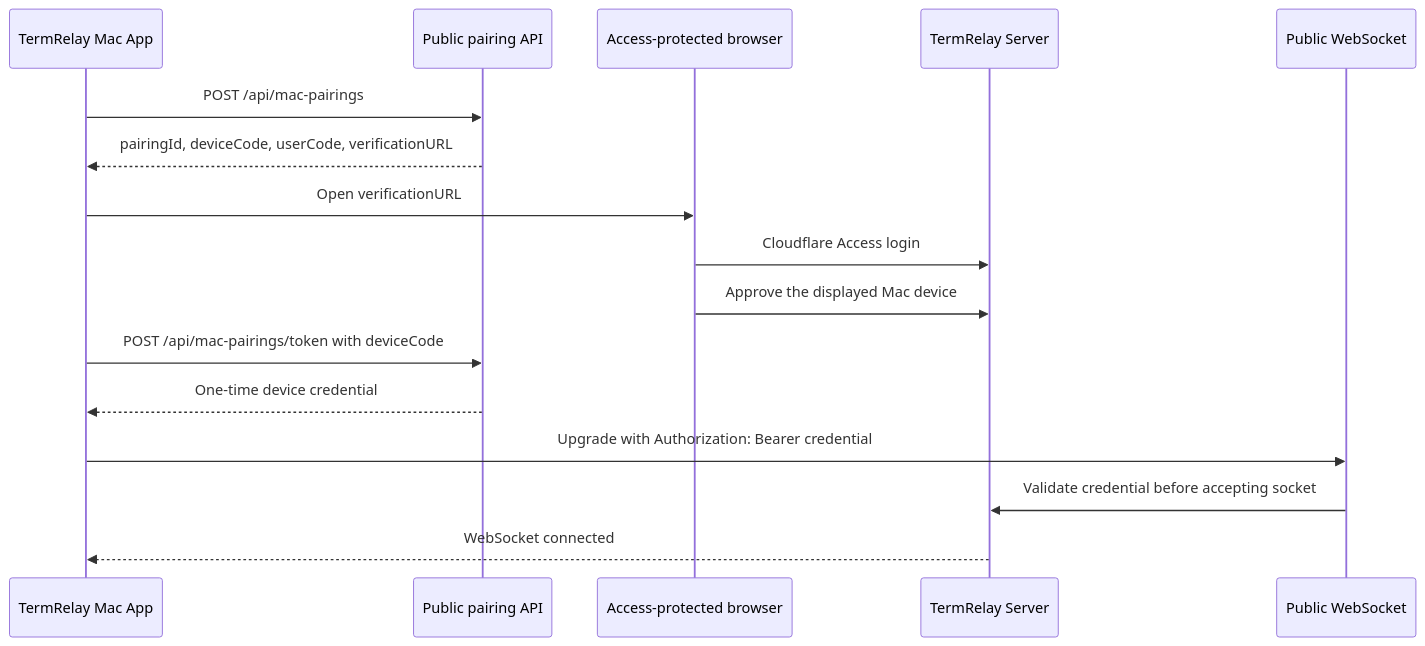
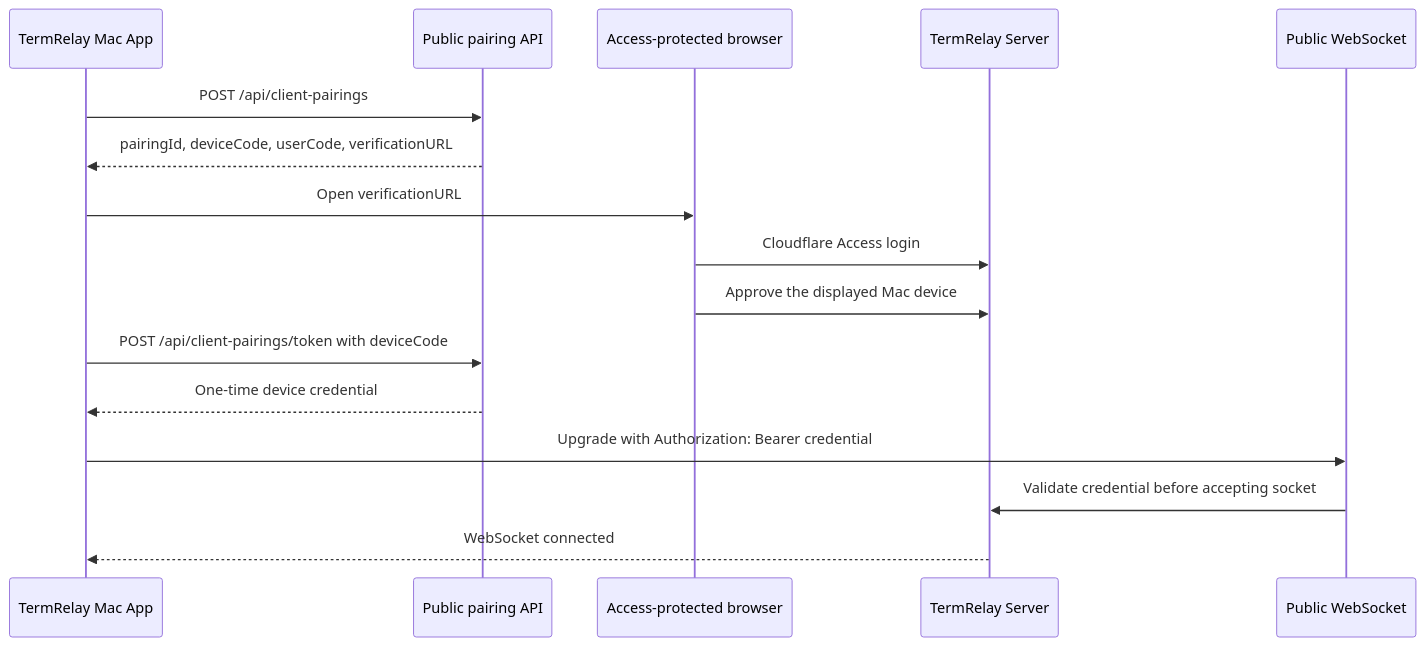
One commit to wangweijia/TermRelay changed the diagram in docs/CLOUDFLARE_MAC_CLIENT_AUTH.md. Above: the diagram before and after it, drawn with Mermaid. The commit also changed other lines of this file and 1 other file, not shown here.

````diff
--- a/docs/CLOUDFLARE_MAC_CLIENT_AUTH.md
+++ b/docs/CLOUDFLARE_MAC_CLIENT_AUTH.md
@@ -45,19 +45,19 @@
 ```mermaid
 sequenceDiagram
     participant App as TermRelay Mac App
     participant Public as Public pairing API
     participant Browser as Access-protected browser
     participant Server as TermRelay Server
     participant WS as Public WebSocket
 
-    App->>Public: POST /api/mac-pairings
+    App->>Public: POST /api/client-pairings
     Public-->>App: pairingId, deviceCode, userCode, verificationURL
     App->>Browser: Open verificationURL
     Browser->>Server: Cloudflare Access login
     Browser->>Server: Approve the displayed Mac device
-    App->>Public: POST /api/mac-pairings/token with deviceCode
+    App->>Public: POST /api/client-pairings/token with deviceCode
     Public-->>App: One-time device credential
     App->>WS: Upgrade with Authorization: Bearer credential
     WS->>Server: Validate credential before accepting socket
     Server-->>App: WebSocket connected
 ```
````
